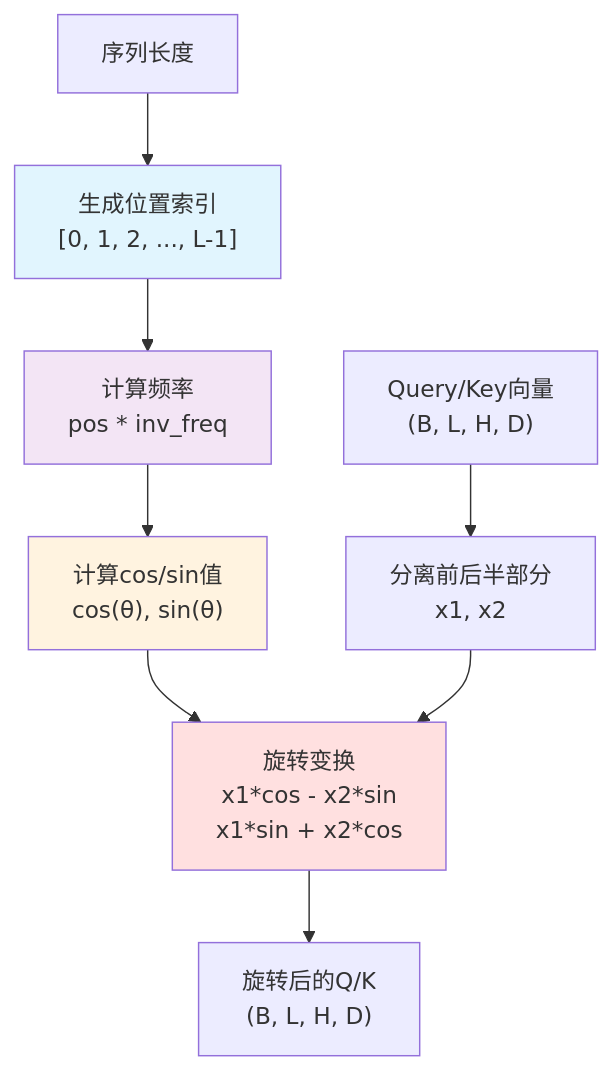
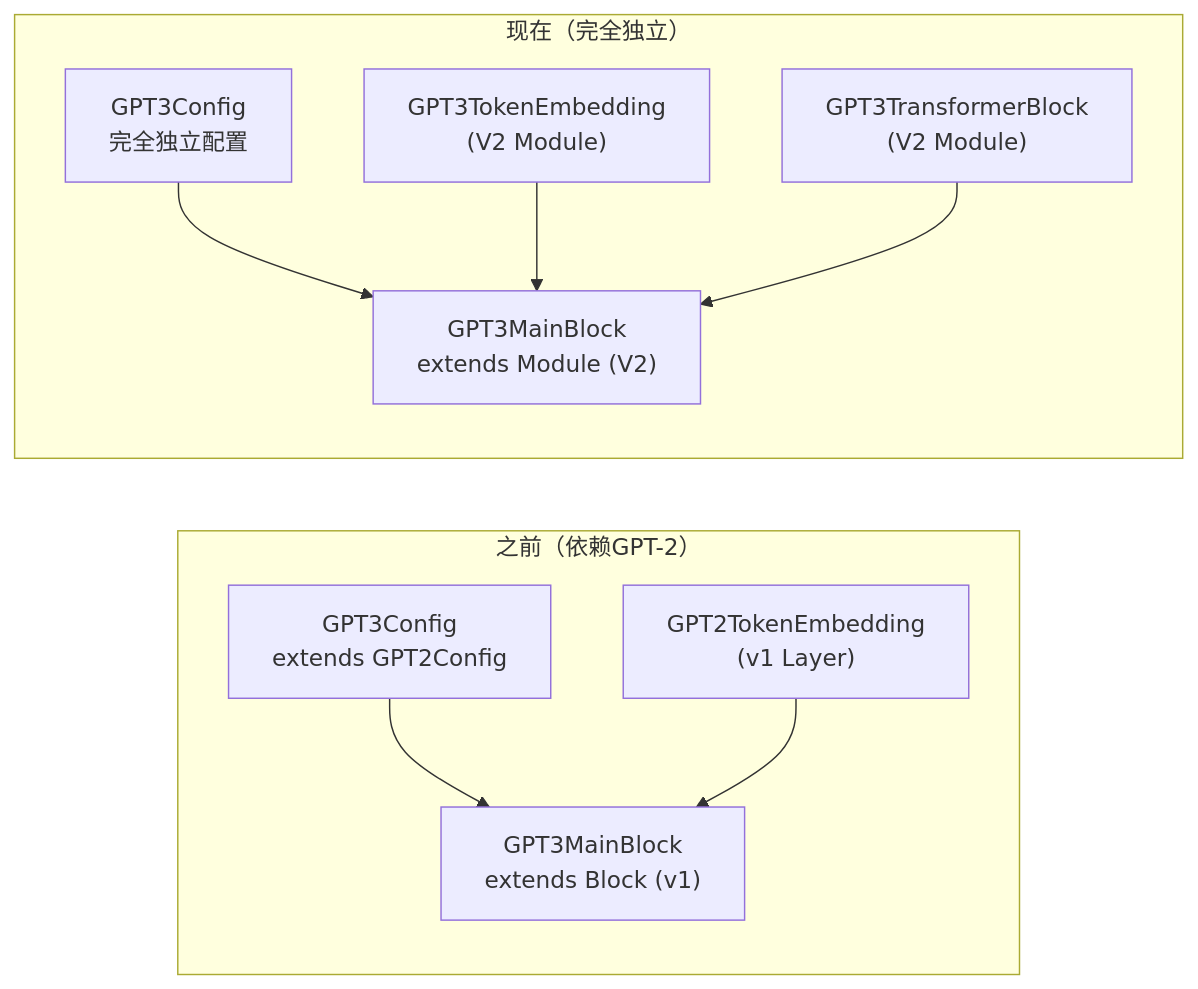
Before and after one commit to JunheJiang/TinyAI: the fourth of 5 diagrams in tinyai-model/tinyai-model-gpt/doc/gpt3_README.md, drawn with Mermaid. The commit also changed other lines of this file and 36 other files, not shown here.

````diff
--- a/tinyai-model/tinyai-model-gpt/doc/gpt3_README.md
+++ b/tinyai-model/tinyai-model-gpt/doc/gpt3_README.md
@@ -94,19 +140,20 @@
 ```mermaid
-graph TD
-    SeqLen["序列长度"] --> GenPos["生成位置索引<br/>[0, 1, 2, ..., L-1]"]
-    GenPos --> CalcFreq["计算频率<br/>pos * inv_freq"]
+graph LR
+    subgraph OLD["之前（依赖GPT-2）"]
+        OldConfig["GPT3Config<br/>extends GPT2Config"]
+        OldEmbed["GPT2TokenEmbedding<br/>(v1 Layer)"]
+        OldBlock["GPT3MainBlock<br/>extends Block (v1)"]
+        OldConfig --> OldBlock
+        OldEmbed --> OldBlock
+    end
     
-    CalcFreq --> CosSin["计算cos/sin值<br/>cos(θ), sin(θ)"]
-    
-    QueryKey["Query/Key向量<br/>(B, L, H, D)"] --> Split["分离前后半部分<br/>x1, x2"]
-    
-    CosSin --> Rotate["旋转变换<br/>x1*cos - x2*sin<br/>x1*sin + x2*cos"]
-    Split --> Rotate
-    
-    Rotate --> RotatedQK["旋转后的Q/K<br/>(B, L, H, D)"]
-    
-    style GenPos fill:#e1f5fe
-    style CalcFreq fill:#f3e5f5
-    style CosSin fill:#fff3e0
-    style Rotate fill:#ffe0e0
+    subgraph NEW["现在（完全独立）"]
+        NewConfig["GPT3Config<br/>完全独立配置"]
+        NewEmbed["GPT3TokenEmbedding<br/>(V2 Module)"]
+        NewBlock["GPT3MainBlock<br/>extends Module (V2)"]
+        NewTransformer["GPT3TransformerBlock<br/>(V2 Module)"]
+        NewConfig --> NewBlock
+        NewEmbed --> NewBlock
+        NewTransformer --> NewBlock
+    end
 ```
````
